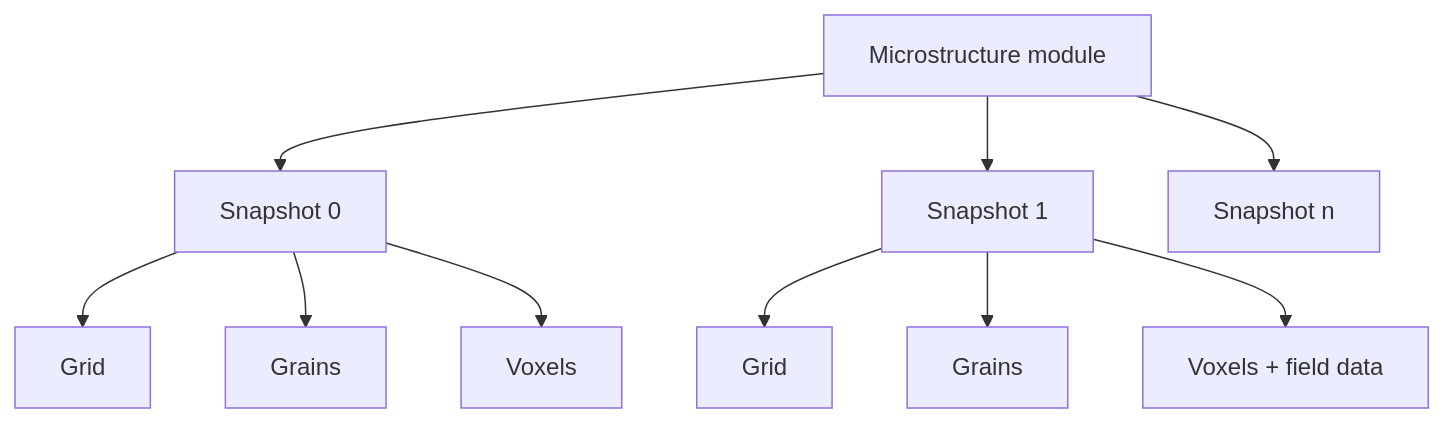
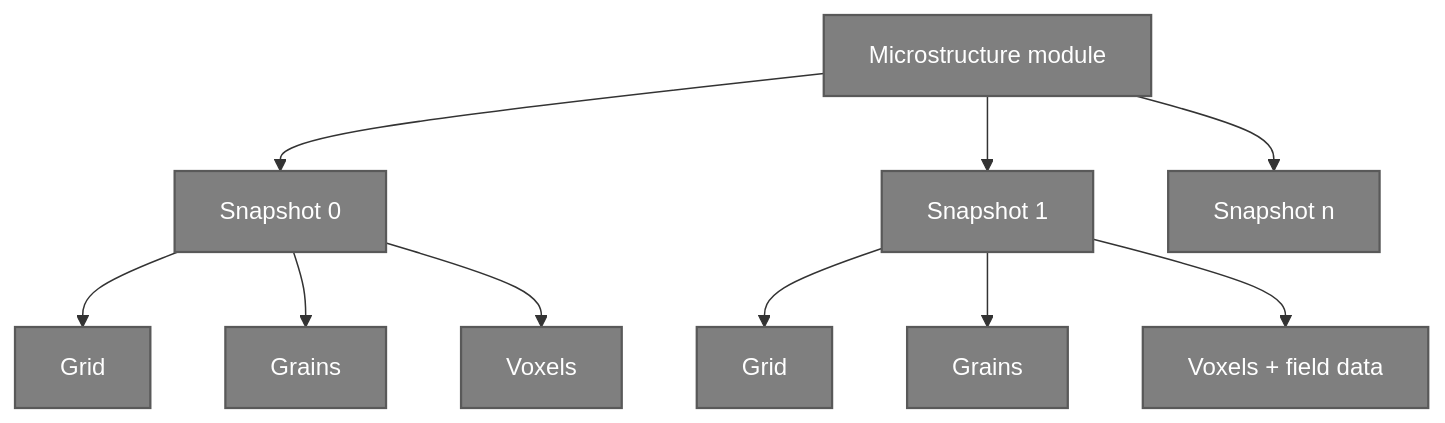
Before and after one commit to YousefRezek/MiMeDat: the fourth of 4 diagrams in README.md, drawn with Mermaid. The commit also changed other lines of this file, not shown here.

Commit message:
Adding colour to graphs

````diff
--- a/README.md
+++ b/README.md
@@ -177,14 +185,29 @@
 ```mermaid
 flowchart TB
     MS[Microstructure module] --> S0[Snapshot 0]
     MS --> S1[Snapshot 1]
     MS --> S2[Snapshot n]
 
     S0 --> G0[Grid]
     S0 --> GR0[Grains]
     S0 --> V0[Voxels]
 
     S1 --> G1[Grid]
     S1 --> GR1[Grains]
     S1 --> V1[Voxels + field data]
+	
+	classDef microstructure fill:#7F7F7F,stroke:#595959,color:#FFFFFF,stroke-width:1.5px;
+	
+	class MS microstructure;
+	class S0 microstructure;
+	class S1 microstructure;
+	class S2 microstructure;
+	
+	class G0 microstructure;
+	class GR0 microstructure;
+	class V0 microstructure;
+	
+	class G1 microstructure;
+	class GR1 microstructure;
+	class V1 microstructure;
 ```
````
